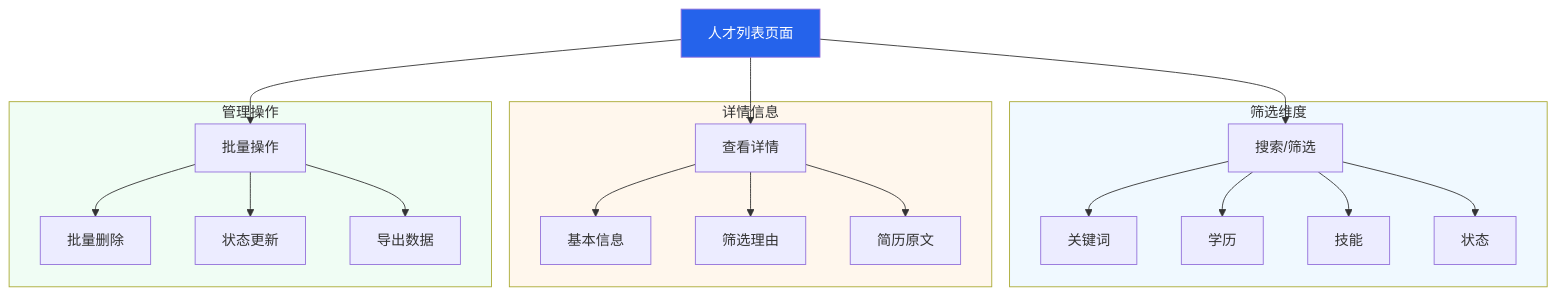
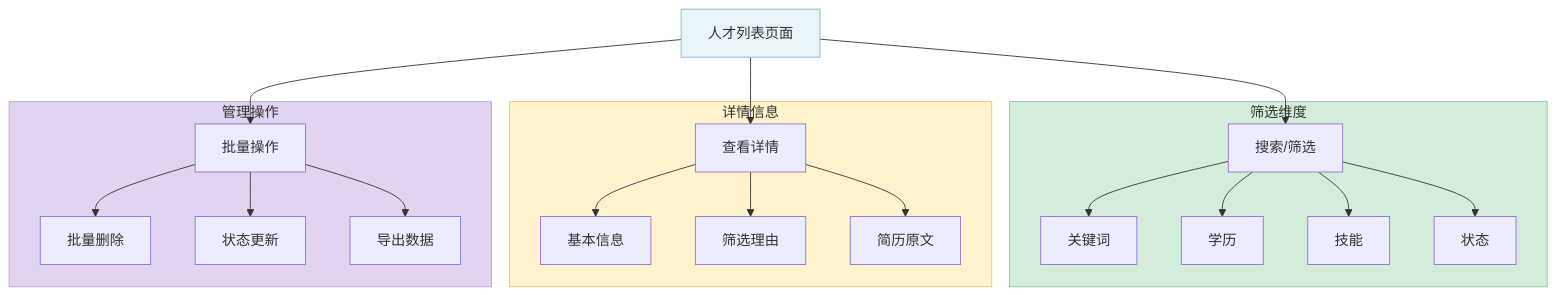
Before and after one commit to xt765/ResumeScreening: the fourth of 8 diagrams in docs/usage.md, drawn with Mermaid. The commit also changed other lines of this file and 4 other files, not shown here.

````diff
--- a/docs/usage.md
+++ b/docs/usage.md
@@ -137,30 +138,30 @@
 ```mermaid
 graph TD
     List[人才列表页面] --> Search[搜索/筛选]
     List --> View[查看详情]
     List --> Batch[批量操作]
     
     subgraph Filter [筛选维度]
         Search --> F1[关键词]
         Search --> F2[学历]
         Search --> F3[技能]
         Search --> F4[状态]
     end
     
     subgraph Detail [详情信息]
         View --> D1[基本信息]
         View --> D2[筛选理由]
         View --> D3[简历原文]
     end
     
     subgraph Action [管理操作]
         Batch --> A1[批量删除]
         Batch --> A2[状态更新]
         Batch --> A3[导出数据]
     end
     
-    style List fill:#2563eb,color:#fff
-    style Filter fill:#f0f9ff
-    style Detail fill:#fff7ed
-    style Action fill:#f0fdf4
+    style List fill:#e8f4f8,stroke:#7fb3d5
+    style Filter fill:#d4edda,stroke:#90c695
+    style Detail fill:#fff3cd,stroke:#e0c97f
+    style Action fill:#e2d4f0,stroke:#b8a9d0
 ```
````
